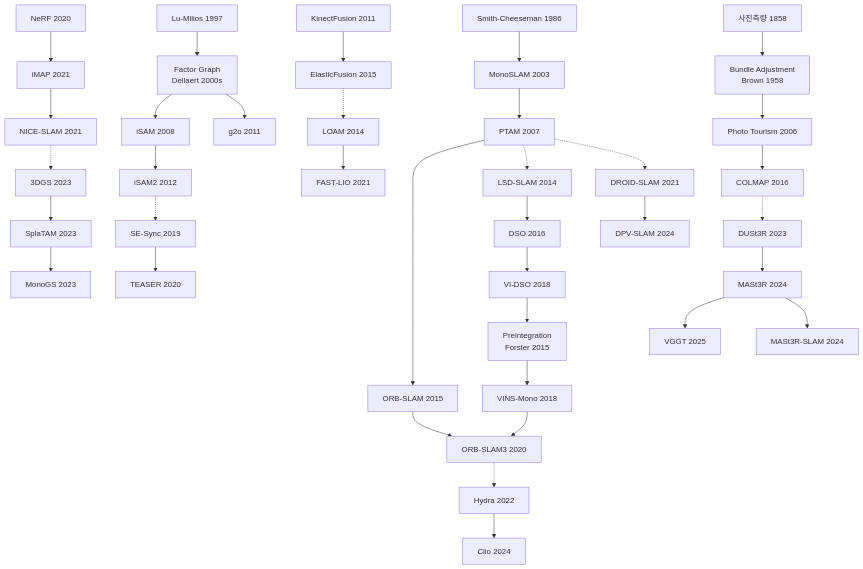
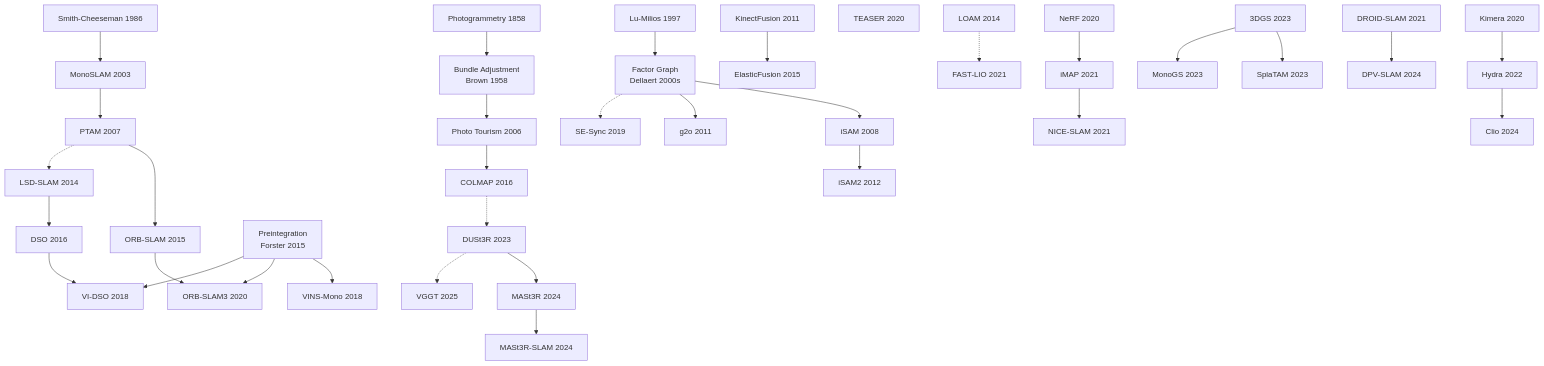
The diagram in en/chapter_19_open_problems.md (alexjunholee/slam-history-book), drawn with Mermaid before and after one commit. The commit also changed other lines of this file and 19 other files, not shown here.

````diff
--- a/en/chapter_19_open_problems.md
+++ b/en/chapter_19_open_problems.md
@@ -117,6 +119,6 @@
 ```mermaid
 graph TD
-  PM[사진측량 1858]
+  PM[Photogrammetry 1858]
   BA[Bundle Adjustment<br/>Brown 1958]
   SfM[Photo Tourism 2006]
   COLMAP[COLMAP 2016]
@@ -165,6 +167,7 @@
   VGGT[VGGT 2025]
   MASlam[MASt3R-SLAM 2024]
 
+  Kimera[Kimera 2020]
   Hydra[Hydra 2022]
   Clio[Clio 2024]
 
@@ -173,17 +176,20 @@
   PTAM -.-> LSD --> DSO --> VIDSO
   LM --> FG --> iSAM --> iSAM2
   FG --> g2o
-  iSAM2 -.-> SESync --> TEASER
-  Forster --> VINS --> ORB3
-  VIDSO --> Forster
+  FG -.-> SESync
+  Forster --> VINS
+  Forster --> ORB3
+  Forster --> VIDSO
   Kinect --> Elastic
-  Elastic -.-> LOAM --> FAST
+  LOAM -.-> FAST
   NeRF --> iMAP --> NICE
-  NICE -.-> GS3D --> Spla --> MonoGS
-  PTAM -.-> DROID --> DPV
-  COLMAP -.-> DUSt3R --> MASt --> VGGT
+  GS3D --> Spla
+  GS3D --> MonoGS
+  DROID --> DPV
+  COLMAP -.-> DUSt3R --> MASt
+  DUSt3R -.-> VGGT
   MASt --> MASlam
-  ORB3 -.-> Hydra --> Clio
+  Kimera --> Hydra --> Clio
 
   click PM "#chapter-1" "Ch.1 Prehistory — Photogrammetry"
   click BA "#chapter-1" "Ch.1 Prehistory — Bundle Adjustment"
@@ -222,6 +228,7 @@
   click MASt "#chapter-16" "Ch.16 — MASt3R"
   click VGGT "#chapter-16" "Ch.16 — VGGT"
   click MASlam "#chapter-16" "Ch.16 — MASt3R-SLAM"
+  click Kimera "#chapter-16" "Ch.16 — Kimera"
   click Hydra "#chapter-16" "Ch.16 §16.6 Semantic Foundation"
   click Clio "#chapter-16" "Ch.16 §16.6 — Clio"
 ```
````
